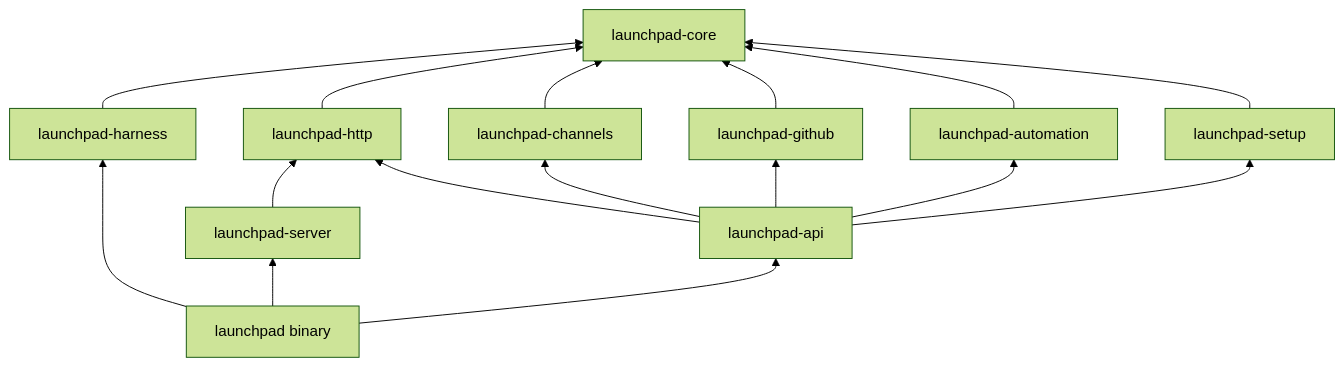
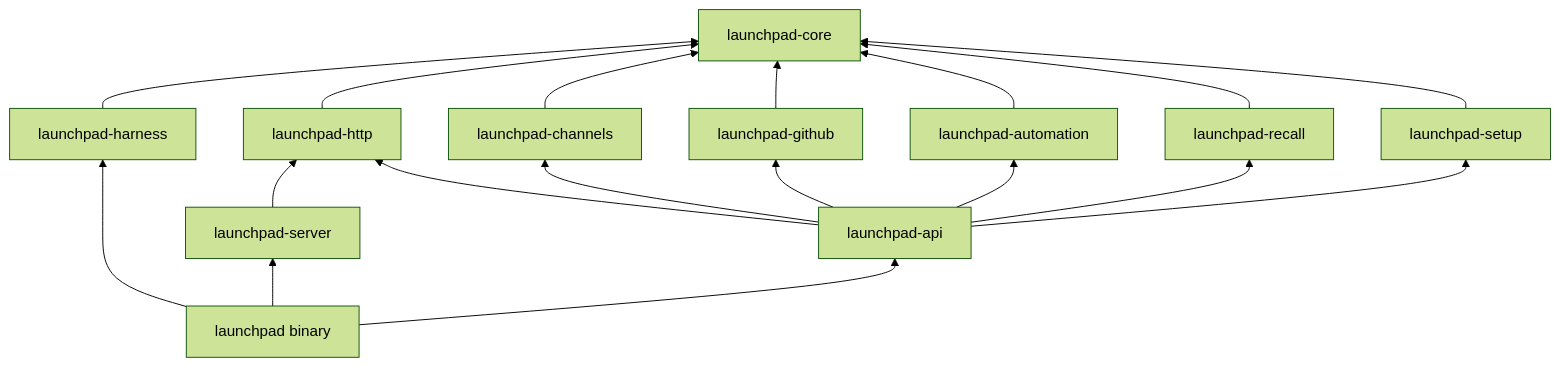
The fourth of 4 diagrams in docs/architecture.md (Wauplin/launchpad), drawn with Mermaid (forest theme) before and after one commit. The commit also changed other lines of this file and 50 other files, not shown here.

````diff
--- a/docs/architecture.md
+++ b/docs/architecture.md
@@ -332,14 +355,15 @@
 ```mermaid
 flowchart BT
     core[launchpad-core]
     harness[launchpad-harness] --> core
     channels[launchpad-channels] --> core
     github[launchpad-github] --> core
     automation[launchpad-automation] --> core
+    recall[launchpad-recall] --> core
     setup[launchpad-setup] --> core
     http[launchpad-http] --> core
     server[launchpad-server] --> http
     api[launchpad-api] --> http
-    api --> channels & github & automation & setup
+    api --> channels & github & automation & recall & setup
     cli[launchpad binary] --> harness & server & api
 ```
````
